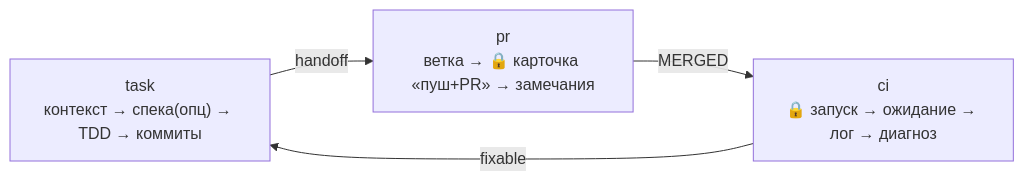
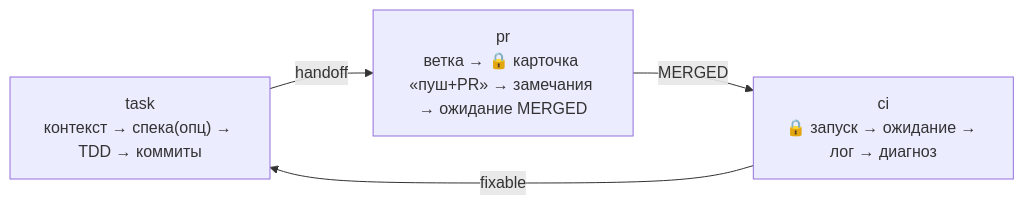
One commit to assistantoleg1809/share changed the diagram in extensions/ship-kit/docs/ship-kit.md. Above: the diagram before and after it, drawn with Mermaid. The commit also changed other lines of this file and 3 other files, not shown here.

````diff
--- a/extensions/ship-kit/docs/ship-kit.md
+++ b/extensions/ship-kit/docs/ship-kit.md
@@ -6,6 +6,6 @@
 ```mermaid
 flowchart LR
-    T["task<br/>контекст → спека(опц) → TDD → коммиты"] -->|handoff| P["pr<br/>ветка → 🔒 карточка «пуш+PR» → замечания"]
+    T["task<br/>контекст → спека(опц) → TDD → коммиты"] -->|handoff| P["pr<br/>ветка → 🔒 карточка «пуш+PR» → замечания → ожидание MERGED"]
     P -->|"MERGED"| C["ci<br/>🔒 запуск → ожидание → лог → диагноз"]
     C -->|"fixable"| T
 ```
````
